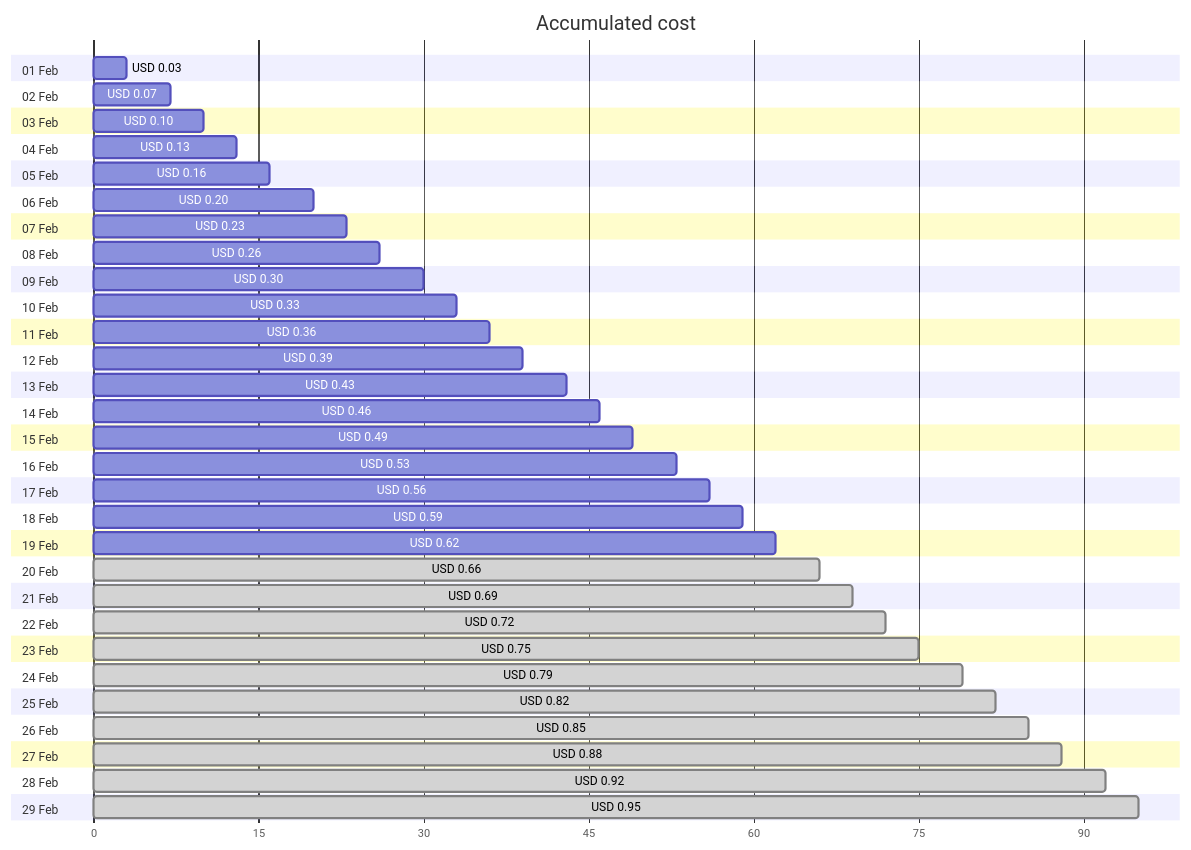
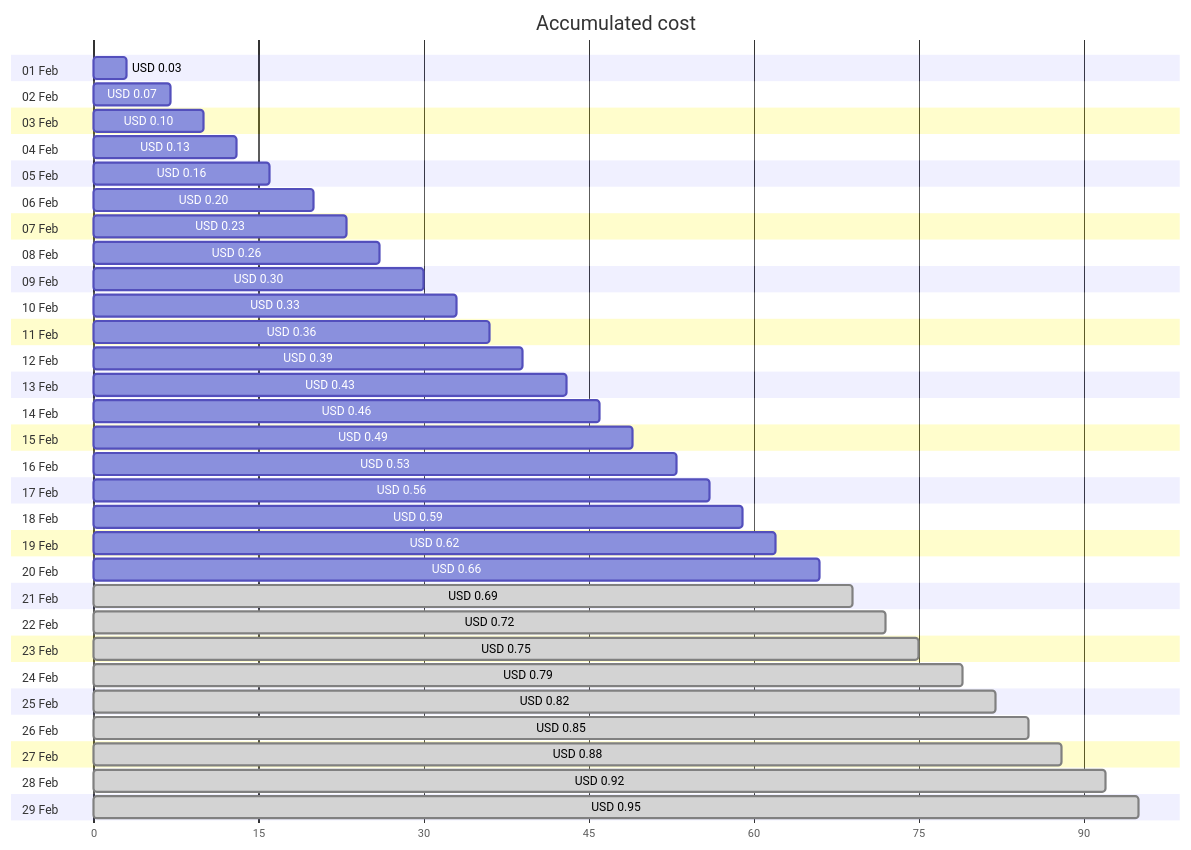
The first of 4 diagrams in cost-reports/personal-dns/README.md (jpfulton/azure-personal-reports), drawn with Mermaid before and after one commit. The commit also changed other lines of this file and 2 other files, not shown here.

````diff
--- a/cost-reports/personal-dns/README.md
+++ b/cost-reports/personal-dns/README.md
@@ -20,64 +20,64 @@
 ```mermaid
 gantt
    title Accumulated cost
    dateFormat  X
    axisFormat %s
    section 01 Feb
    USD 0.03 :0, 3
    section 02 Feb
    USD 0.07 :0, 7
    section 03 Feb
    USD 0.10 :0, 10
    section 04 Feb
    USD 0.13 :0, 13
    section 05 Feb
    USD 0.16 :0, 16
    section 06 Feb
    USD 0.20 :0, 20
    section 07 Feb
    USD 0.23 :0, 23
    section 08 Feb
    USD 0.26 :0, 26
    section 09 Feb
    USD 0.30 :0, 30
    section 10 Feb
    USD 0.33 :0, 33
    section 11 Feb
    USD 0.36 :0, 36
    section 12 Feb
    USD 0.39 :0, 39
    section 13 Feb
    USD 0.43 :0, 43
    section 14 Feb
    USD 0.46 :0, 46
    section 15 Feb
    USD 0.49 :0, 49
    section 16 Feb
    USD 0.53 :0, 53
    section 17 Feb
    USD 0.56 :0, 56
    section 18 Feb
    USD 0.59 :0, 59
    section 19 Feb
    USD 0.62 :0, 62
    section 20 Feb
-   USD 0.66 : done, 0, 66
+   USD 0.66 :0, 66
    section 21 Feb
    USD 0.69 : done, 0, 69
    section 22 Feb
    USD 0.72 : done, 0, 72
    section 23 Feb
    USD 0.75 : done, 0, 75
    section 24 Feb
    USD 0.79 : done, 0, 79
    section 25 Feb
    USD 0.82 : done, 0, 82
    section 26 Feb
    USD 0.85 : done, 0, 85
    section 27 Feb
    USD 0.88 : done, 0, 88
    section 28 Feb
    USD 0.92 : done, 0, 92
    section 29 Feb
    USD 0.95 : done, 0, 95
 ```
````
